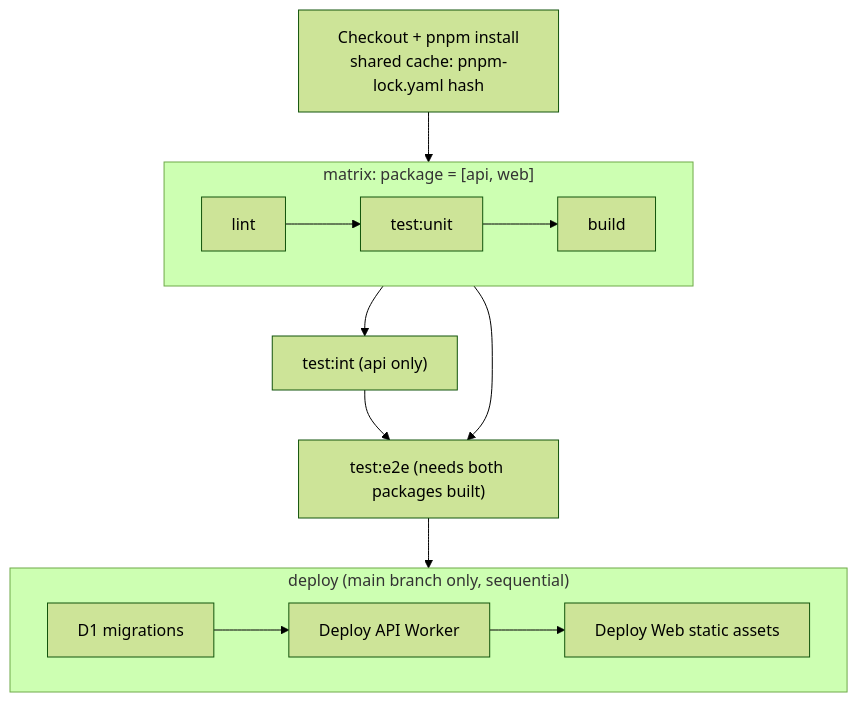
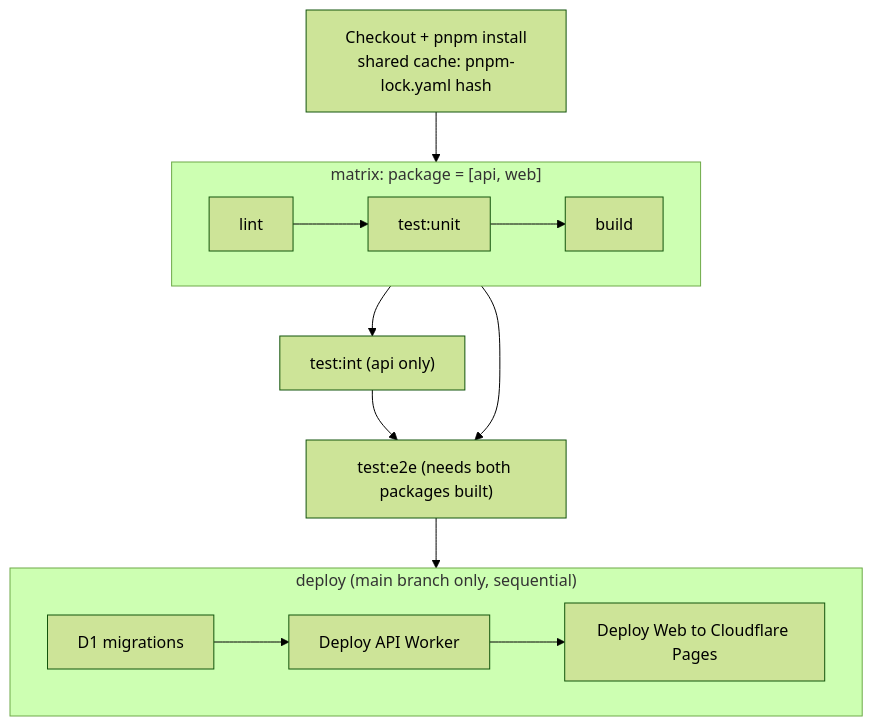
The diagram in docs/reference/cicd-deploy.md (Zyxavy/Paragon), drawn with Mermaid (forest theme) before and after one commit. The commit also changed other lines of this file and 6 other files, not shown here.

````diff
--- a/docs/reference/cicd-deploy.md
+++ b/docs/reference/cicd-deploy.md
@@ -235,18 +236,18 @@
 ```mermaid
 flowchart TD
     Checkout[Checkout + pnpm install<br/>shared cache: pnpm-lock.yaml hash]
 
     subgraph Matrix["matrix: package = [api, web]"]
         LintA[lint] --> UnitA[test:unit] --> BuildA[build]
     end
 
     Checkout --> Matrix
     Matrix --> IntTest["test:int (api only)"]
     Matrix --> E2E["test:e2e (needs both packages built)"]
     IntTest --> E2E
     E2E --> Deploy
 
     subgraph Deploy["deploy (main branch only, sequential)"]
-        Mig[D1 migrations] --> ApiDeploy[Deploy API Worker] --> WebDeploy[Deploy Web static assets]
+        Mig[D1 migrations] --> ApiDeploy[Deploy API Worker] -->         WebDeploy[Deploy Web to Cloudflare Pages]
     end
 ```
````
